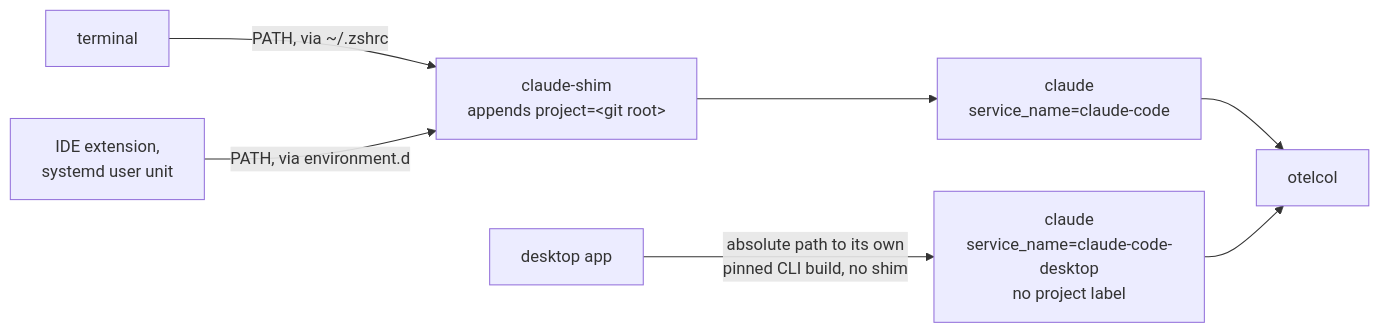
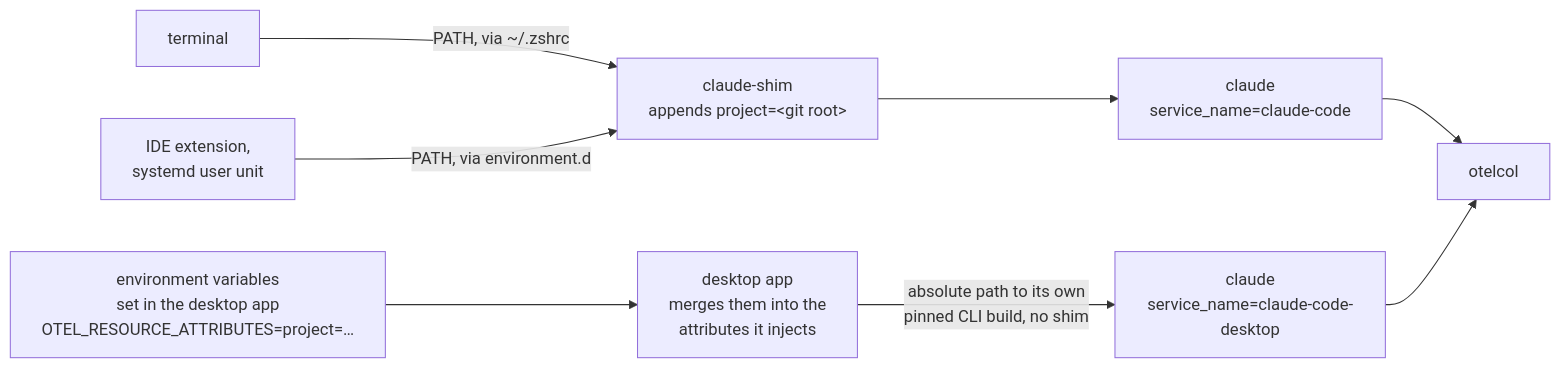
The diagram in docs/internals/telemetry-desktop-sessions.md (cypiswhywhy/docschemy), drawn with Mermaid before and after one commit. The commit also changed other lines of this file and 11 other files, not shown here.

First line of the commit message:
Tag desktop app sessions through the app's own environment variables

````diff
--- a/docs/internals/telemetry-desktop-sessions.md
+++ b/docs/internals/telemetry-desktop-sessions.md
@@ -7,9 +9,10 @@
 ```mermaid
 flowchart LR
     T["terminal"] -->|"PATH, via ~/.zshrc"| S["claude-shim<br/>appends project=&lt;git root&gt;"]
     I["IDE extension,<br/>systemd user unit"] -->|"PATH, via environment.d"| S
     S --> CC["claude<br/>service_name=claude-code"]
-    D["desktop app"] -->|"absolute path to its own<br/>pinned CLI build, no shim"| DC["claude<br/>service_name=claude-code-desktop<br/>no project label"]
+    E["environment variables<br/>set in the desktop app<br/>OTEL_RESOURCE_ATTRIBUTES=project=…"] --> D
+    D["desktop app<br/>merges them into the<br/>attributes it injects"] -->|"absolute path to its own<br/>pinned CLI build, no shim"| DC["claude<br/>service_name=claude-code-desktop"]
     CC --> OC["otelcol"]
     DC --> OC
 ```
````
